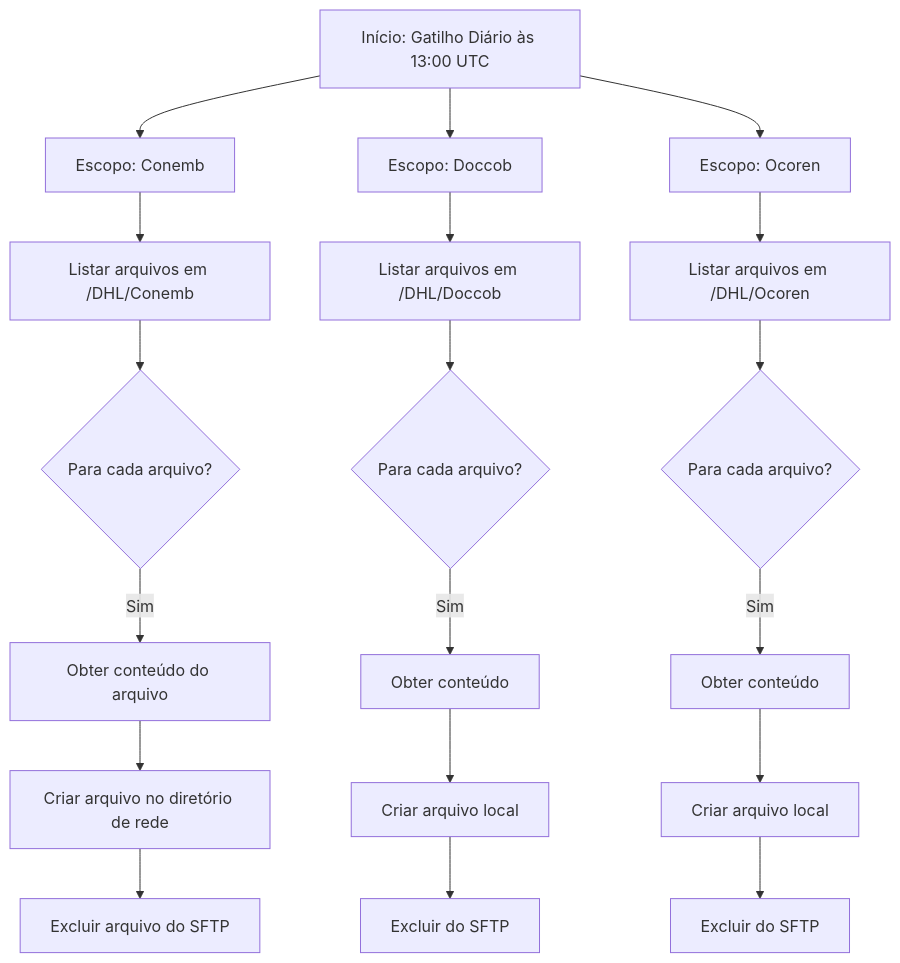
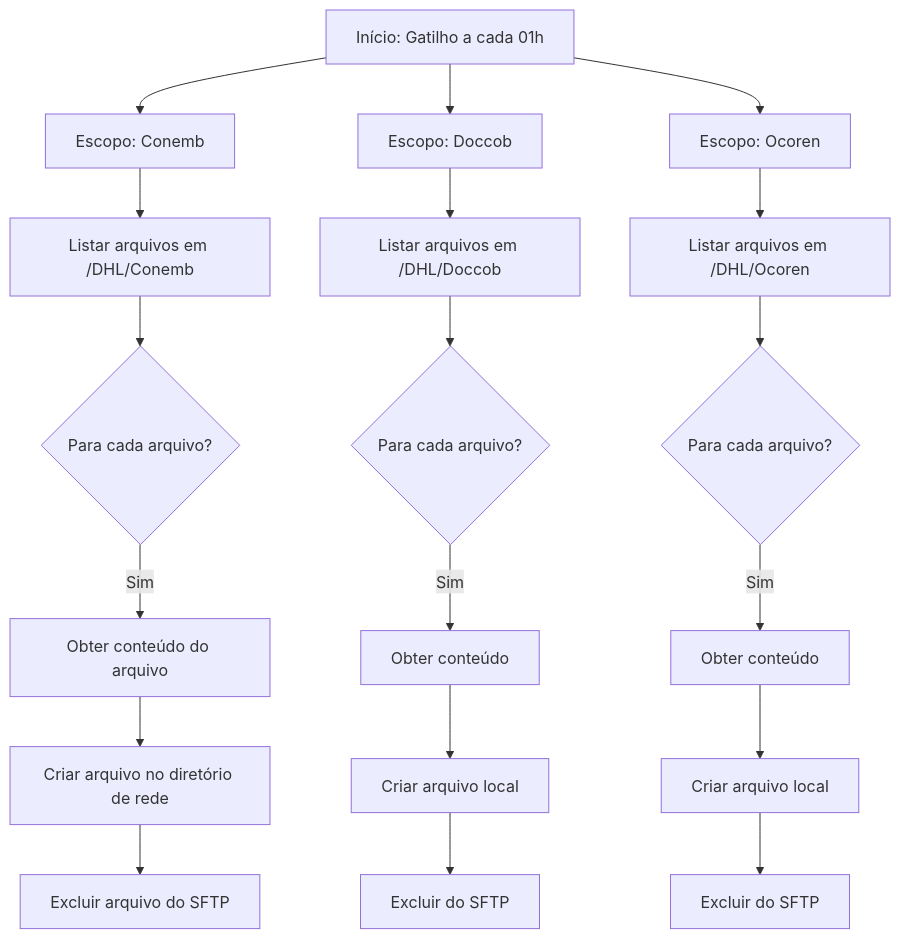
The diagram in doc_fluxo_sftp.md (joraraujo/Doc), drawn with Mermaid before and after one commit. The commit also changed other lines of this file, not shown here.

````diff
--- a/doc_fluxo_sftp.md
+++ b/doc_fluxo_sftp.md
@@ -89,24 +89,24 @@
 ```mermaid
 graph TD
-    A[Início: Gatilho Diário às 13:00 UTC] --> B[Escopo: Conemb]
+    A[Início: Gatilho a cada 01h] --> B[Escopo: Conemb]
     A --> C[Escopo: Doccob]
     A --> D[Escopo: Ocoren]
 
     B --> B1[Listar arquivos em /DHL/Conemb]
     B1 --> B2{Para cada arquivo?}
     B2 -->|Sim| B3[Obter conteúdo do arquivo]
     B3 --> B4[Criar arquivo no diretório de rede]
     B4 --> B5[Excluir arquivo do SFTP]
 
     C --> C1[Listar arquivos em /DHL/Doccob]
     C1 --> C2{Para cada arquivo?}
     C2 -->|Sim| C3[Obter conteúdo]
     C3 --> C4[Criar arquivo local]
     C4 --> C5[Excluir do SFTP]
 
     D --> D1[Listar arquivos em /DHL/Ocoren]
     D1 --> D2{Para cada arquivo?}
     D2 -->|Sim| D3[Obter conteúdo]
     D3 --> D4[Criar arquivo local]
     D4 --> D5[Excluir do SFTP]
 ```
````
